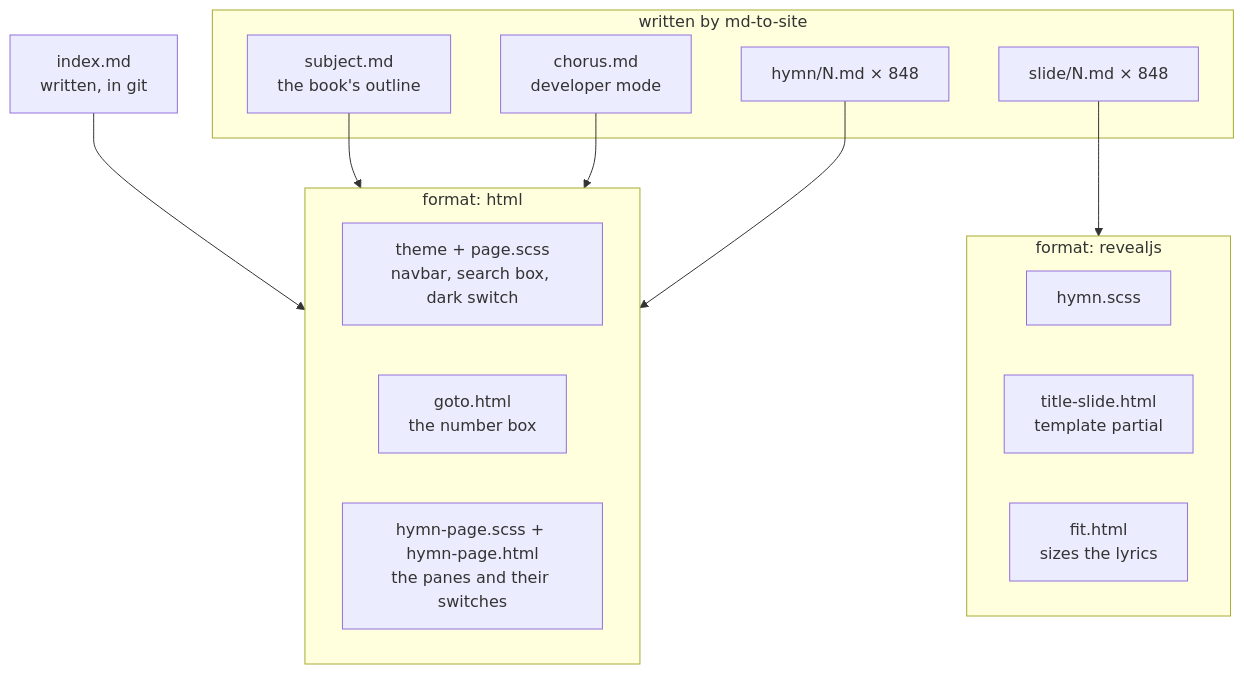
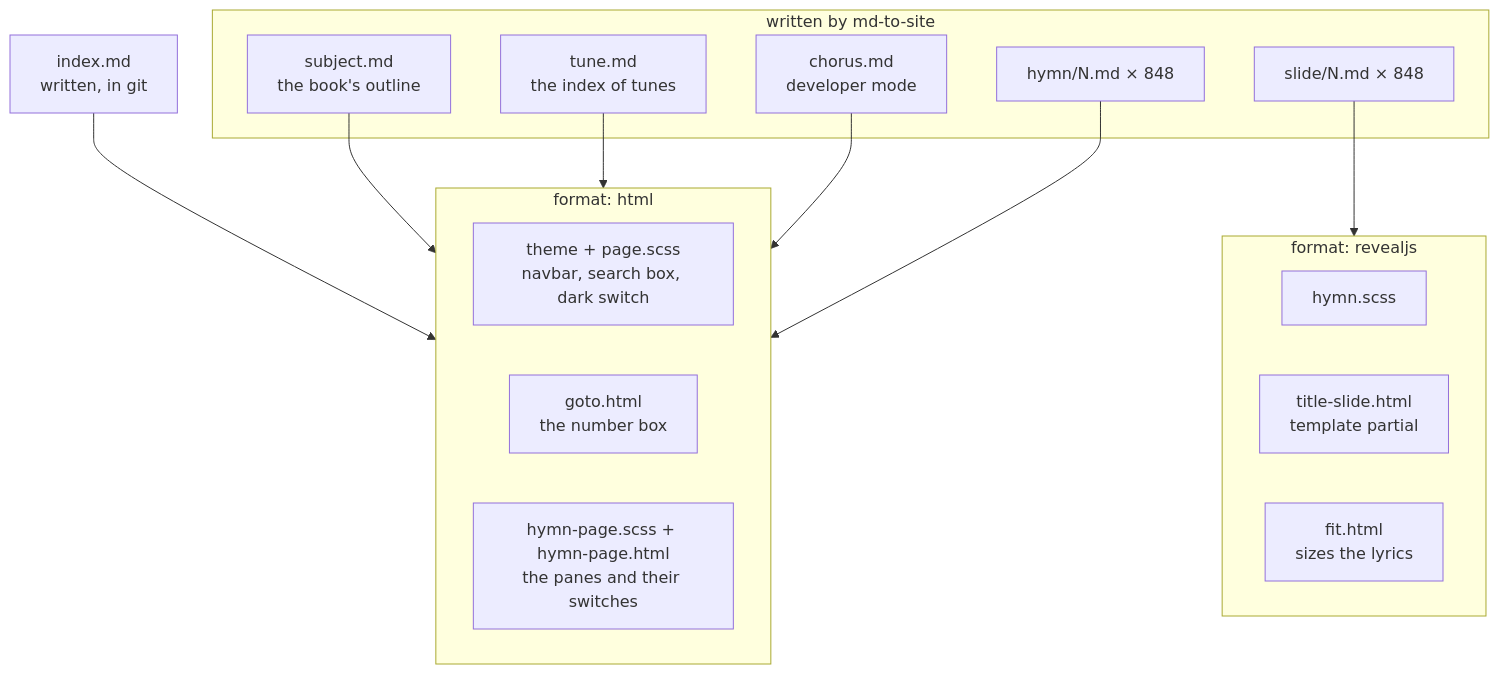
The second of 3 diagrams in DEVELOPER.md (ickc/selected-hymns-and-songs), drawn with Mermaid before and after one commit. The commit also changed other lines of this file and 780 other files, not shown here.

````diff
--- a/DEVELOPER.md
+++ b/DEVELOPER.md
@@ -366,29 +459,31 @@
 ```mermaid
 flowchart TD
   idx["index.md<br/>written, in git"]
 
   subgraph gen["written by md-to-site"]
     sub["subject.md<br/>the book's outline"]
+    tun["tune.md<br/>the index of tunes"]
     chr["chorus.md<br/>developer mode"]
     dck["slide/N.md × 848"]
     pge["hymn/N.md × 848"]
   end
 
   subgraph fmt_html["format: html"]
     theme["theme + page.scss<br/>navbar, search box, dark switch"]
     goto["goto.html<br/>the number box"]
     hpg["hymn-page.scss + hymn-page.html<br/>the panes and their switches"]
   end
 
   subgraph fmt_reveal["format: revealjs"]
     scss["hymn.scss"]
     tsl["title-slide.html<br/>template partial"]
     fit["fit.html<br/>sizes the lyrics"]
   end
 
   idx --> fmt_html
   sub --> fmt_html
+  tun --> fmt_html
   chr --> fmt_html
   pge --> fmt_html
   dck --> fmt_reveal
 ```
````
